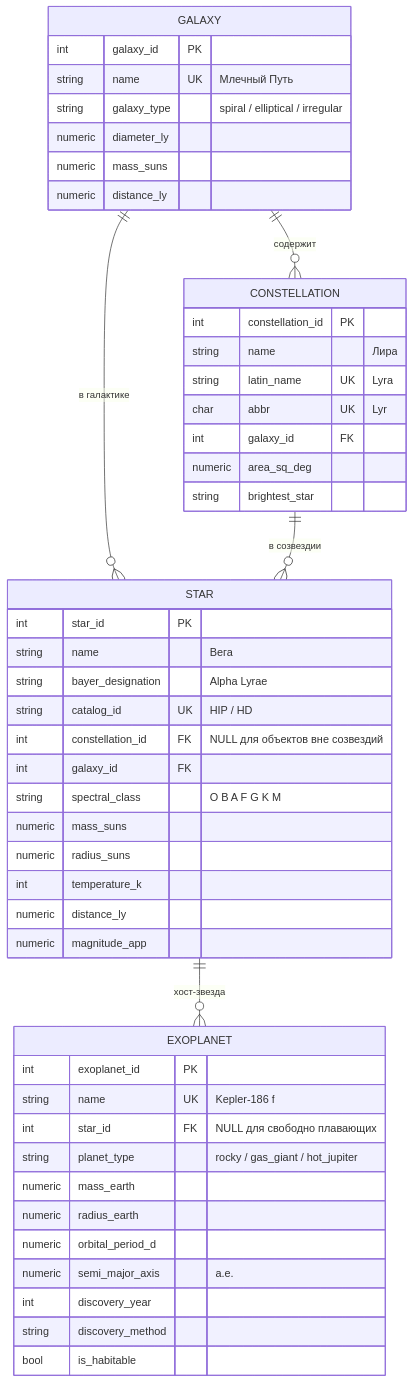
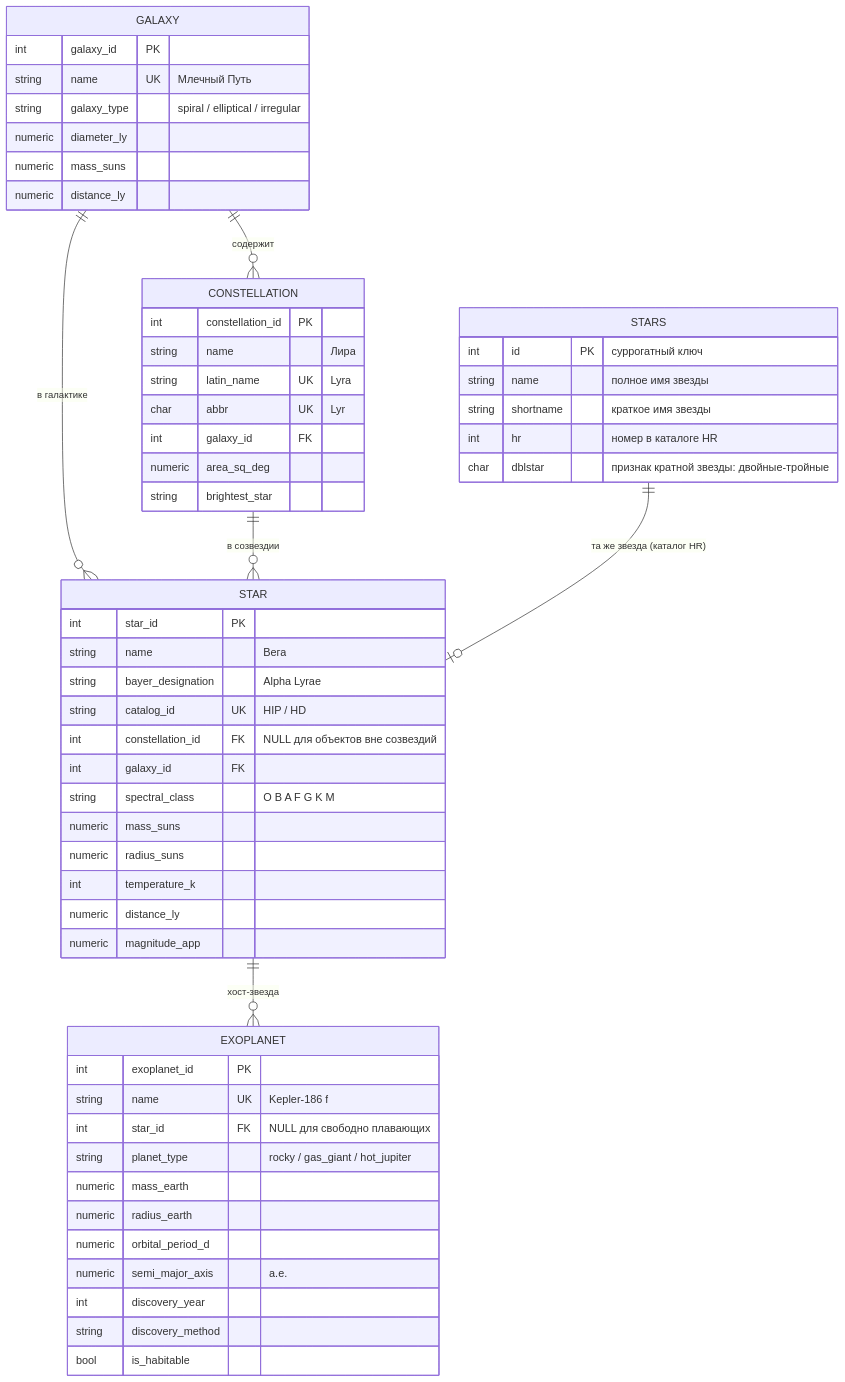
One commit to akalend/sql2text changed the diagram in README.md. Above: the diagram before and after it, drawn with Mermaid. The commit also changed other lines of this file, not shown here.

Commit message:
README: add stars table to ER diagram and description

````diff
--- a/README.md
+++ b/README.md
@@ -23,55 +23,64 @@
 ```mermaid
 erDiagram
     GALAXY        ||--o{ CONSTELLATION : "содержит"
     GALAXY        ||--o{ STAR           : "в галактике"
     CONSTELLATION ||--o{ STAR           : "в созвездии"
     STAR          ||--o{ EXOPLANET      : "хост-звезда"
+    STARS         ||--o| STAR           : "та же звезда (каталог HR)"
+
+    STARS {
+        int     id PK "суррогатный ключ"
+        string  name "полное имя звезды"
+        string  shortname "краткое имя звезды"
+        int     hr "номер в каталоге HR"
+        char    dblstar "признак кратной звезды: двойные-тройные"
+    }
 
     GALAXY {
         int     galaxy_id PK
         string  name UK "Млечный Путь"
         string  galaxy_type "spiral / elliptical / irregular"
         numeric diameter_ly
         numeric mass_suns
         numeric distance_ly
     }
 
     CONSTELLATION {
         int     constellation_id PK
         string  name "Лира"
         string  latin_name UK "Lyra"
         char    abbr UK "Lyr"
         int     galaxy_id FK
         numeric area_sq_deg
         string  brightest_star
     }
 
     STAR {
         int     star_id PK
         string  name "Вега"
         string  bayer_designation "Alpha Lyrae"
         string  catalog_id UK "HIP / HD"
         int     constellation_id FK "NULL для объектов вне созвездий"
         int     galaxy_id FK
         string  spectral_class "O B A F G K M"
         numeric mass_suns
         numeric radius_suns
         int     temperature_k
         numeric distance_ly
         numeric magnitude_app
     }
 
     EXOPLANET {
         int     exoplanet_id PK
         string  name UK "Kepler-186 f"
         int     star_id FK "NULL для свободно плавающих"
         string  planet_type "rocky / gas_giant / hot_jupiter"
         numeric mass_earth
         numeric radius_earth
         numeric orbital_period_d
         numeric semi_major_axis "а.е."
         int     discovery_year
         string  discovery_method
         bool    is_habitable
     }
 ```
````
